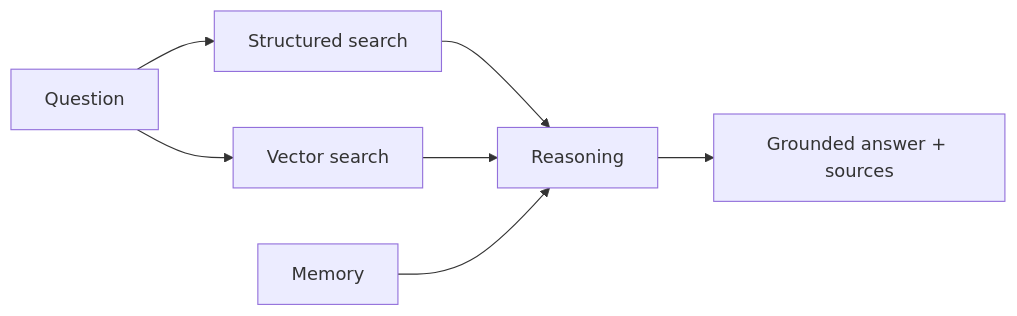
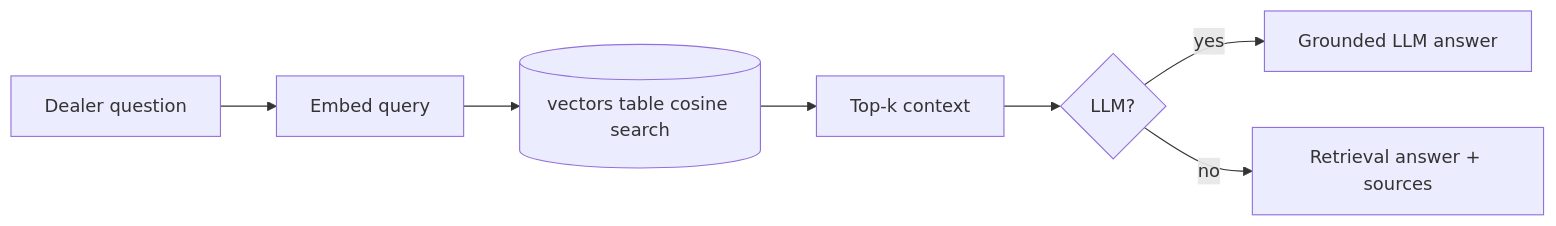
The diagram in docs/architecture/11-rag-crm-assistant.md (Gags-31/HubSpot-AI-CRM), drawn with Mermaid before and after one commit. The commit also changed other lines of this file and 62 other files, not shown here.

````diff
--- a/docs/architecture/11-rag-crm-assistant.md
+++ b/docs/architecture/11-rag-crm-assistant.md
@@ -9,9 +9,9 @@
 ```mermaid
 flowchart LR
-  Q[Question] --> DB[Structured search]
-  Q --> VS[Vector search]
-  DB --> LLM[Reasoning]
-  VS --> LLM
-  M[Memory] --> LLM
-  LLM --> A[Grounded answer + sources]
+  Q[Dealer question] --> E[Embed query]
+  E --> VS[(vectors table cosine search)]
+  VS --> CTX[Top-k context]
+  CTX --> LLM{LLM?}
+  LLM -- yes --> ANS[Grounded LLM answer]
+  LLM -- no --> ANS2[Retrieval answer + sources]
 ```
````
